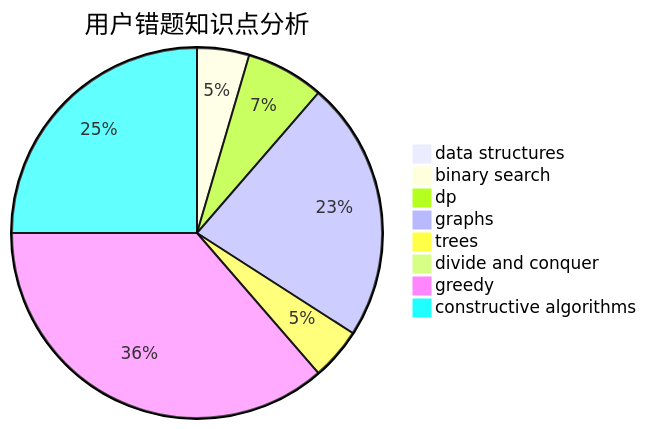
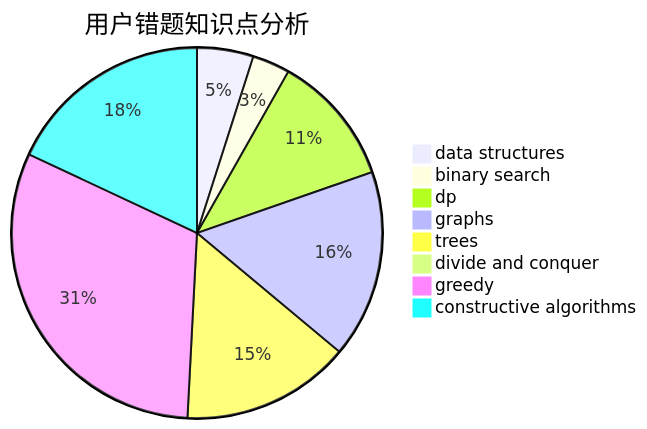
Before and after one commit to sherpahu/cfrs.github.io: the third of 3 diagrams in docs/user/u2037.md, drawn with Mermaid. The commit also changed other lines of this file and 2770 other files, not shown here.

````diff
--- a/docs/user/u2037.md
+++ b/docs/user/u2037.md
@@ -36,11 +36,11 @@
 ```mermaid
 pie title 用户错题知识点分析
-    "data structures" :  0
+    "data structures" :  3
     "binary search" :  2
-    "dp" :  3
+    "dp" :  7
     "graphs" :  10
-    "trees" :  2
+    "trees" :  9
     "divide and conquer" :  0
-    "greedy" :  16
+    "greedy" :  19
     "constructive algorithms" :  11
 ```
````
